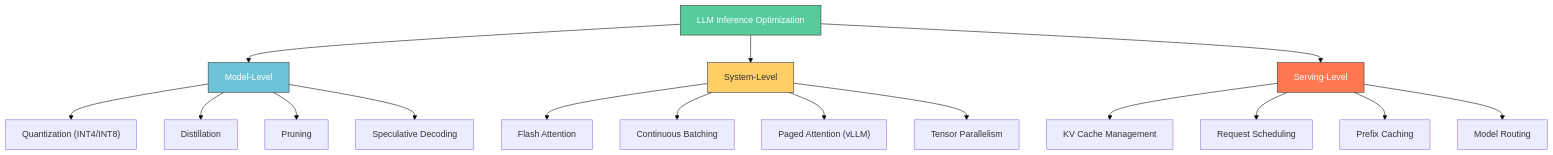
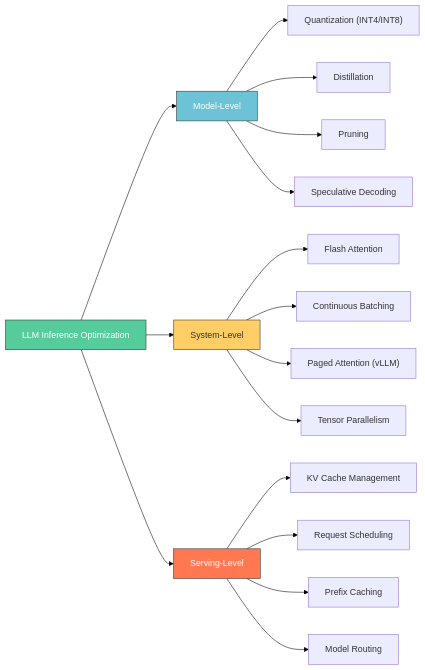
The tenth of 10 diagrams in posts/llm-interview/LLM-Interview-QA-2.qmd (tanquangduong/tanquangduong.github.io), drawn with Mermaid before and after one commit. The commit also changed 10 other files, not shown here.

````diff
--- a/posts/llm-interview/LLM-Interview-QA-2.qmd
+++ b/posts/llm-interview/LLM-Interview-QA-2.qmd
@@ -639,28 +639,28 @@
 ```{mermaid}
-graph TD
+graph LR
     linkStyle default stroke:#000,color:#000
     OPT["LLM Inference Optimization"]
     OPT --> MODEL["Model-Level"]
     OPT --> SYSTEM["System-Level"]
     OPT --> SERVE["Serving-Level"]
 
     MODEL --> M1["Quantization (INT4/INT8)"]
     MODEL --> M2["Distillation"]
     MODEL --> M3["Pruning"]
     MODEL --> M4["Speculative Decoding"]
 
     SYSTEM --> S1["Flash Attention"]
     SYSTEM --> S2["Continuous Batching"]
     SYSTEM --> S3["Paged Attention (vLLM)"]
     SYSTEM --> S4["Tensor Parallelism"]
 
     SERVE --> SV1["KV Cache Management"]
     SERVE --> SV2["Request Scheduling"]
     SERVE --> SV3["Prefix Caching"]
     SERVE --> SV4["Model Routing"]
 
     style OPT fill:#56cc9d,stroke:#333,color:#fff
     style MODEL fill:#6cc3d5,stroke:#333,color:#fff
     style SYSTEM fill:#ffce67,stroke:#333
     style SERVE fill:#ff7851,stroke:#333,color:#fff
 ```
````
